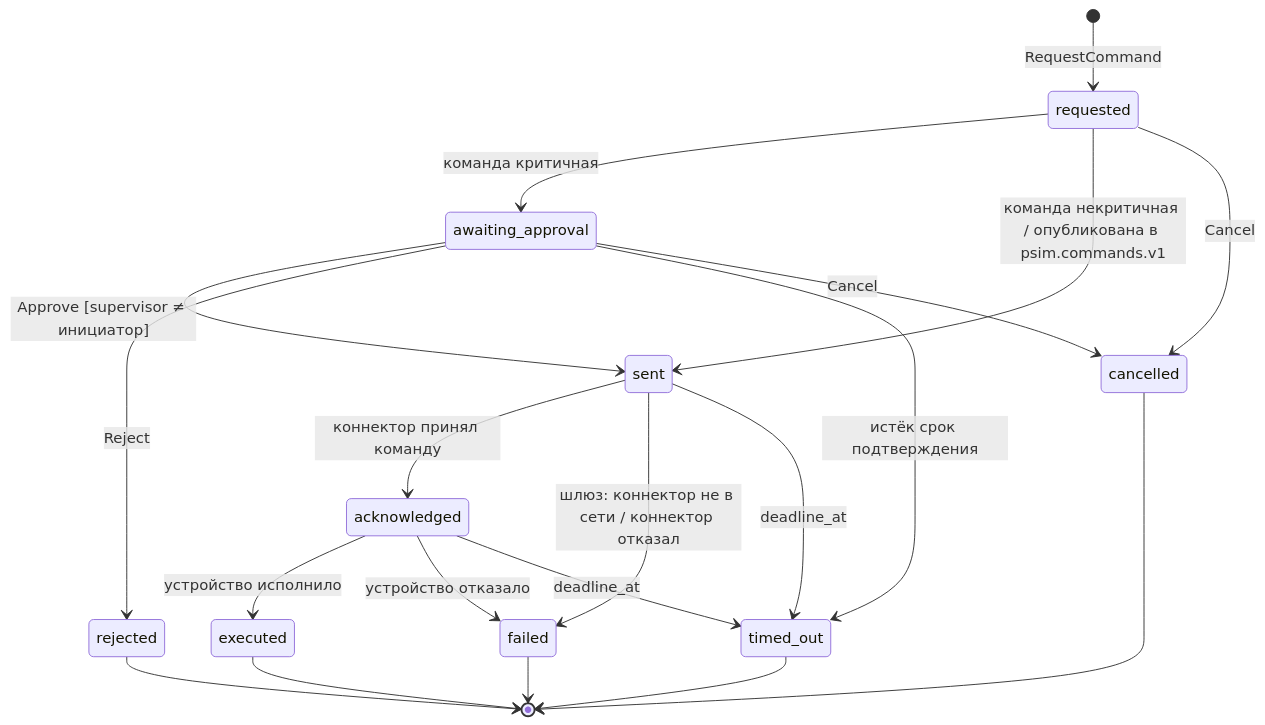
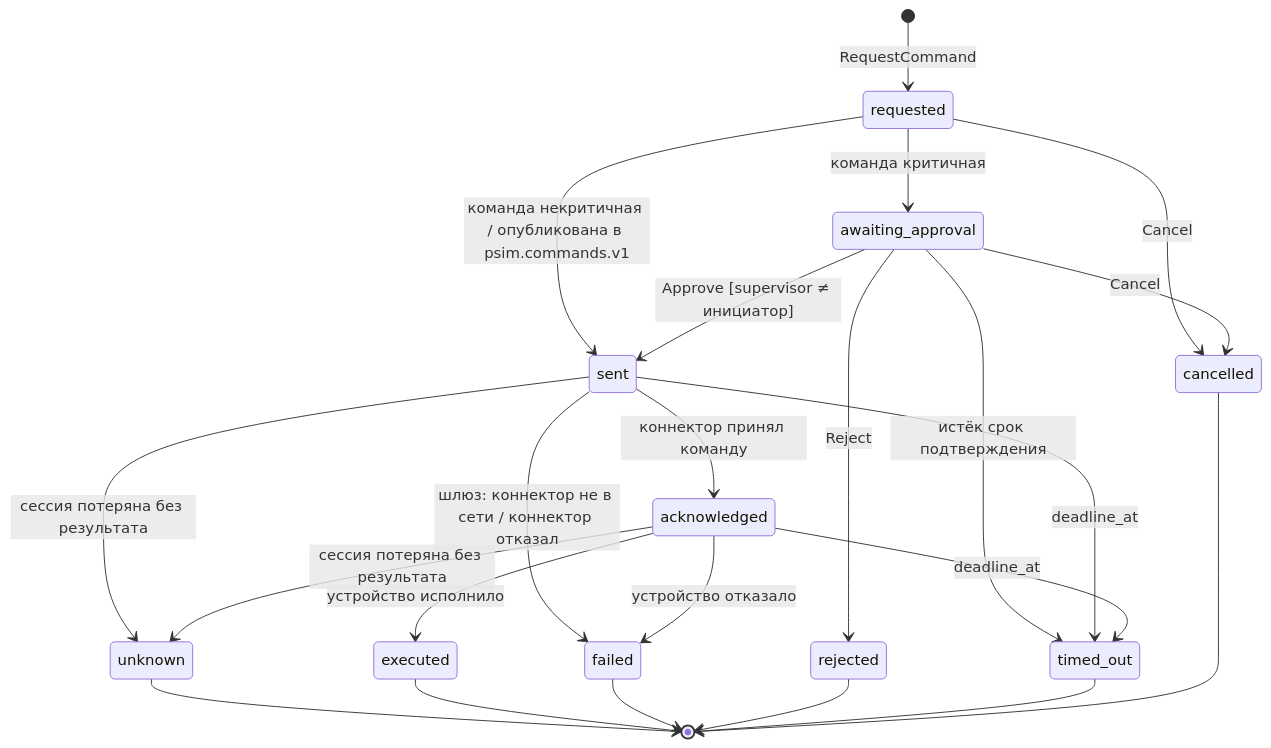
The fourth of 7 diagrams in docs/domain/state-models.md (d8zerg/psim), drawn with Mermaid before and after one commit. The commit also changed other lines of this file and 46 other files, not shown here.

````diff
--- a/docs/domain/state-models.md
+++ b/docs/domain/state-models.md
@@ -86,22 +86,25 @@
 ```mermaid
 stateDiagram-v2
     [*] --> requested : RequestCommand
     requested --> awaiting_approval : команда критичная
     requested --> sent : команда некритичная / опубликована в psim.commands.v1
     awaiting_approval --> sent : Approve [supervisor ≠ инициатор]
     awaiting_approval --> rejected : Reject
     awaiting_approval --> timed_out : истёк срок подтверждения
     requested --> cancelled : Cancel
     awaiting_approval --> cancelled : Cancel
     sent --> acknowledged : коннектор принял команду
     sent --> failed : шлюз: коннектор не в сети / коннектор отказал
     acknowledged --> executed : устройство исполнило
     acknowledged --> failed : устройство отказало
     sent --> timed_out : deadline_at
     acknowledged --> timed_out : deadline_at
+    sent --> unknown : сессия потеряна без результата
+    acknowledged --> unknown : сессия потеряна без результата
+    unknown --> [*]
     executed --> [*]
     failed --> [*]
     rejected --> [*]
     timed_out --> [*]
     cancelled --> [*]
 ```
````
